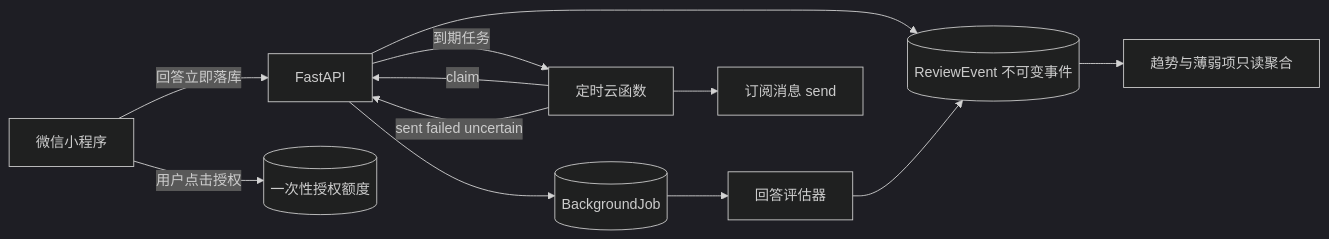
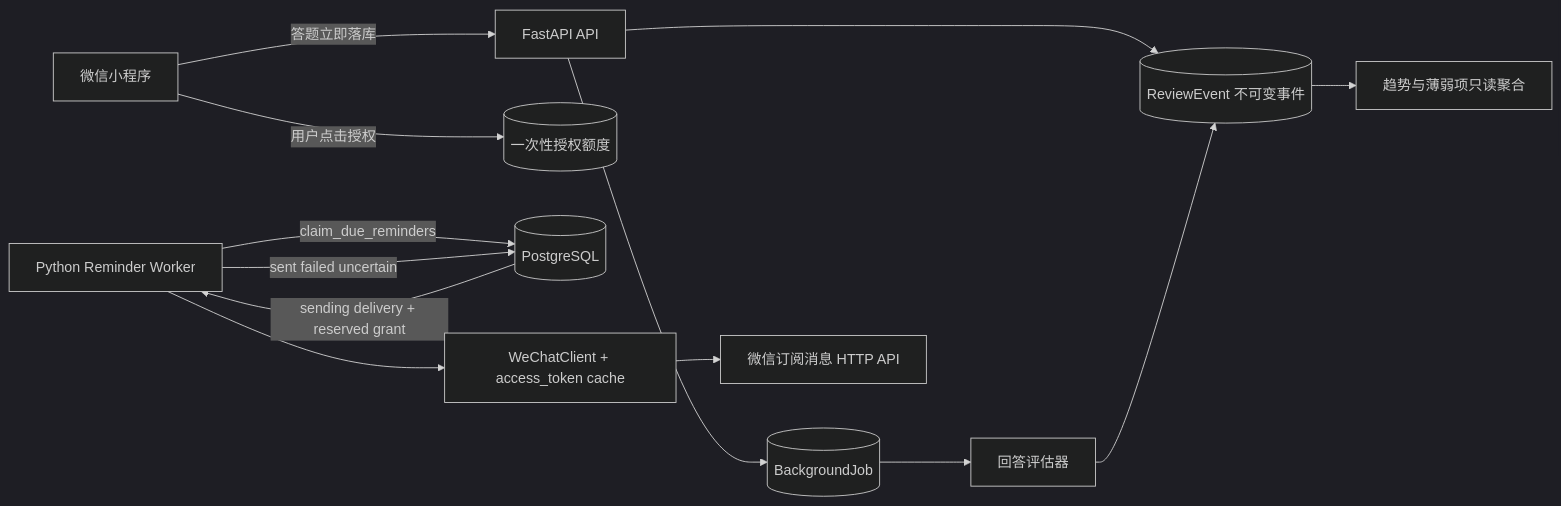
The diagram in docs/learning-assistance.md (GitHubcaptaincong/MemeryAgent), drawn with Mermaid (dark theme) before and after one commit. The commit also changed other lines of this file and 24 other files, not shown here.

````diff
--- a/docs/learning-assistance.md
+++ b/docs/learning-assistance.md
@@ -5,14 +5,15 @@
 ```mermaid
 flowchart LR
-    Mini[微信小程序] -->|回答立即落库| API[FastAPI]
+    Mini[微信小程序] -->|答题立即落库| API[FastAPI API]
     API --> Events[(ReviewEvent 不可变事件)]
     API --> Jobs[(BackgroundJob)]
     Jobs --> Evaluator[回答评估器]
     Evaluator --> Events
     Events --> Insights[趋势与薄弱项只读聚合]
     Mini -->|用户点击授权| Grants[(一次性授权额度)]
-    Timer[定时云函数] -->|claim| API
-    API -->|到期任务| Timer
-    Timer --> WeChat[订阅消息 send]
-    Timer -->|sent failed uncertain| API
+    Worker[Python Reminder Worker] -->|claim_due_reminders| DB[(PostgreSQL)]
+    DB -->|sending delivery + reserved grant| Worker
+    Worker --> Client[WeChatClient + access_token cache]
+    Client --> WeChat[微信订阅消息 HTTP API]
+    Worker -->|sent failed uncertain| DB
 ```
````
